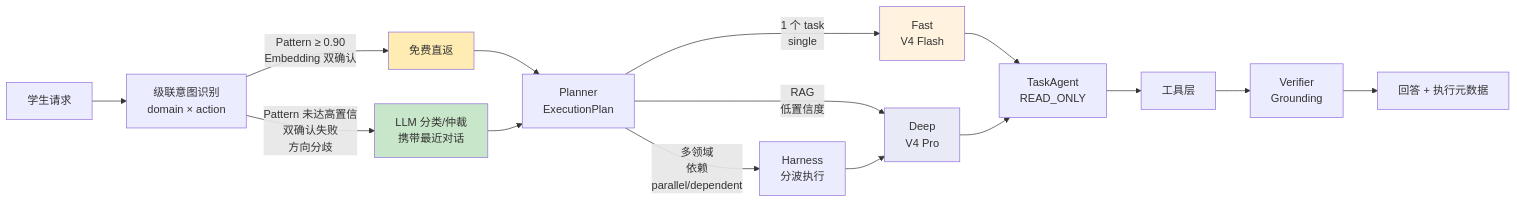
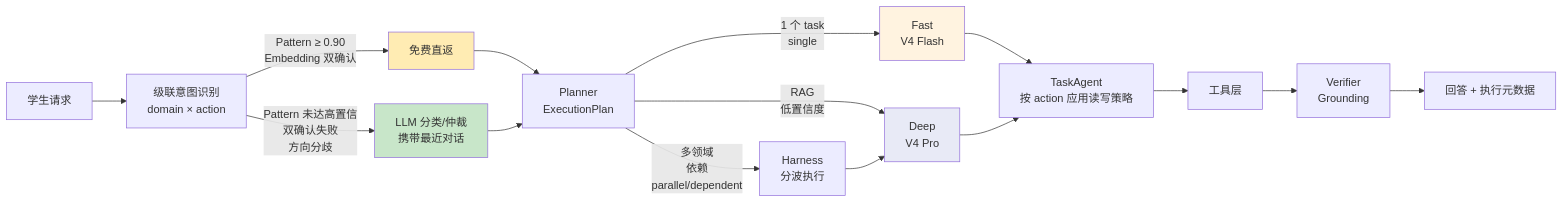
The third of 7 diagrams in docs/architecture.md (iam-epiphany/XGuide), drawn with Mermaid before and after one commit. The commit also changed other lines of this file and 6 other files, not shown here.

````diff
--- a/docs/architecture.md
+++ b/docs/architecture.md
@@ -119,29 +163,29 @@
 ```mermaid
 flowchart LR
     User[学生请求] --> Intent[级联意图识别<br/>domain × action]
 
     Intent -->|Pattern ≥ 0.90<br/>Embedding 双确认| PatternFree[免费直返]
     Intent -->|Pattern 未达高置信<br/>双确认失败<br/>方向分歧| LLM[LLM 分类/仲裁<br/>携带最近对话]
 
     PatternFree --> Planner[Planner<br/>ExecutionPlan]
     LLM --> Planner
 
     Planner -->|1 个 task<br/>single| Fast[Fast<br/>V4 Flash]
     Planner -->|RAG<br/>低置信度| Deep[Deep<br/>V4 Pro]
     Planner -->|多领域<br/>依赖<br/>parallel/dependent| DAG[Harness<br/>分波执行]
 
     DAG --> Deep
 
-    Fast --> TaskAgent[TaskAgent<br/>READ_ONLY]
+    Fast --> TaskAgent[TaskAgent<br/>按 action 应用读写策略]
     Deep --> TaskAgent
 
     TaskAgent --> Tools[工具层]
 
     Tools --> Verifier[Verifier<br/>Grounding]
     Verifier --> Response[回答 + 执行元数据]
 
     style Fast fill:#fff3e0
     style Deep fill:#e8eaf6
     style LLM fill:#c8e6c9
     style PatternFree fill:#ffecb3
 ```
````
